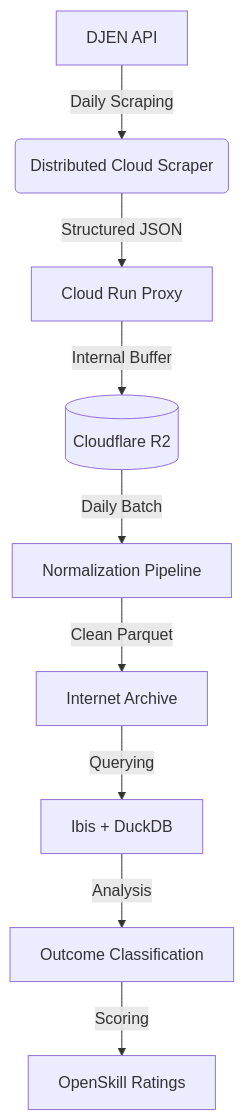
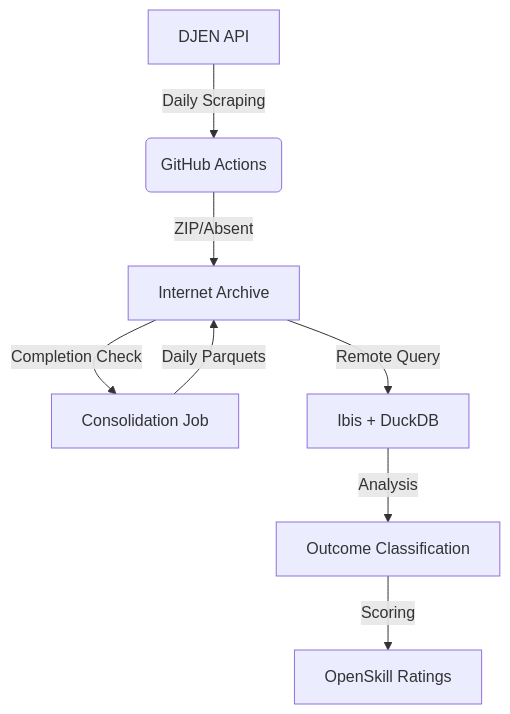
The diagram in docs/ARCHITECTURE.md (franklinbaldo/causaganha), drawn with Mermaid before and after one commit. The commit also changed other lines of this file and 2 other files, not shown here.

Commit message:
Update documentation to reflect consolidated architecture and completion sentinel

````diff
--- a/docs/ARCHITECTURE.md
+++ b/docs/ARCHITECTURE.md
@@ -7,11 +7,10 @@
 ```mermaid
 graph TD
-    A[DJEN API] -->|Daily Scraping| B(Distributed Cloud Scraper)
-    B -->|Structured JSON| C[Cloud Run Proxy]
-    C -->|Internal Buffer| D[(Cloudflare R2)]
-    D -->|Daily Batch| E[Normalization Pipeline]
-    E -->|Clean Parquet| F[Internet Archive]
-    F -->|Querying| G[Ibis + DuckDB]
-    G -->|Analysis| H[Outcome Classification]
-    H -->|Scoring| I[OpenSkill Ratings]
+    A[DJEN API] -->|Daily Scraping| B(GitHub Actions)
+    B -->|ZIP/Absent| C[Internet Archive]
+    C -->|Completion Check| D[Consolidation Job]
+    D -->|Daily Parquets| C
+    C -->|Remote Query| E[Ibis + DuckDB]
+    E -->|Analysis| F[Outcome Classification]
+    F -->|Scoring| G[OpenSkill Ratings]
 ```
````
